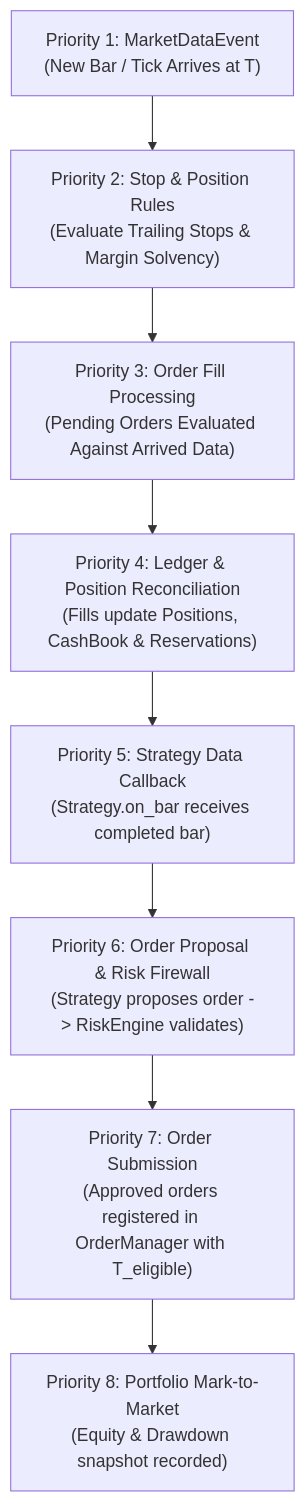
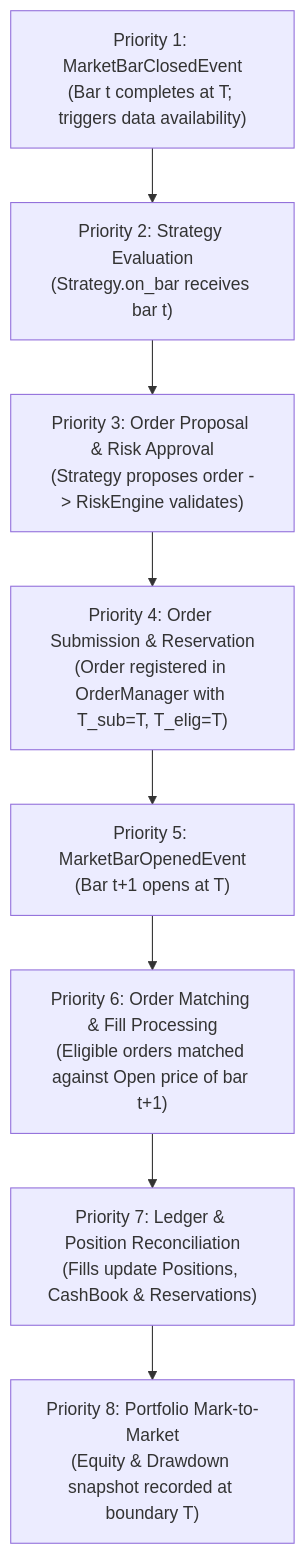
One commit to Yokaham/hybrid-ai-trading-agent changed the first of 3 diagrams in docs/BACKTEST_ENGINE_ARCHITECTURE.md. Above: the diagram before and after it, drawn with Mermaid. The commit also changed other lines of this file, not shown here.

Commit message:
docs(milestone-3b): resolve event-time ordering, accounting reconciliation, and domain wrappers

````diff
--- a/docs/BACKTEST_ENGINE_ARCHITECTURE.md
+++ b/docs/BACKTEST_ENGINE_ARCHITECTURE.md
@@ -140,10 +156,10 @@
 ```mermaid
 flowchart TD
-    E1["Priority 1: MarketDataEvent\n(New Bar / Tick Arrives at T)"] --> E2["Priority 2: Stop & Position Rules\n(Evaluate Trailing Stops & Margin Solvency)"]
-    E2 --> E3["Priority 3: Order Fill Processing\n(Pending Orders Evaluated Against Arrived Data)"]
-    E3 --> E4["Priority 4: Ledger & Position Reconciliation\n(Fills update Positions, CashBook & Reservations)"]
-    E4 --> E5["Priority 5: Strategy Data Callback\n(Strategy.on_bar receives completed bar)"]
-    E5 --> E6["Priority 6: Order Proposal & Risk Firewall\n(Strategy proposes order -> RiskEngine validates)"]
-    E6 --> E7["Priority 7: Order Submission\n(Approved orders registered in OrderManager with T_eligible)"]
-    E7 --> E8["Priority 8: Portfolio Mark-to-Market\n(Equity & Drawdown snapshot recorded)"]
+    P1["Priority 1: MarketBarClosedEvent\n(Bar t completes at T; triggers data availability)"] --> P2["Priority 2: Strategy Evaluation\n(Strategy.on_bar receives bar t)"]
+    P2 --> P3["Priority 3: Order Proposal & Risk Approval\n(Strategy proposes order -> RiskEngine validates)"]
+    P3 --> P4["Priority 4: Order Submission & Reservation\n(Order registered in OrderManager with T_sub=T, T_elig=T)"]
+    P4 --> P5["Priority 5: MarketBarOpenedEvent\n(Bar t+1 opens at T)"]
+    P5 --> P6["Priority 6: Order Matching & Fill Processing\n(Eligible orders matched against Open price of bar t+1)"]
+    P6 --> P7["Priority 7: Ledger & Position Reconciliation\n(Fills update Positions, CashBook & Reservations)"]
+    P7 --> P8["Priority 8: Portfolio Mark-to-Market\n(Equity & Drawdown snapshot recorded at boundary T)"]
 ```
````
